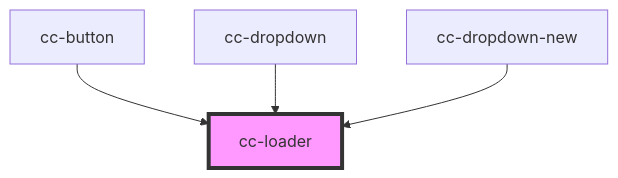
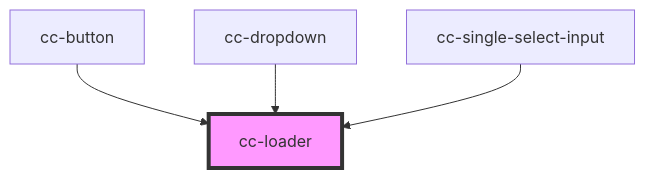
Before and after one commit to lacafetalab/cafeta-components: the diagram in packages/core/src/components/cc-loader/readme.md, drawn with Mermaid. The commit also changed other lines of this file and 19 other files, not shown here.

Commit message:
feat() component single finle input

````diff
--- a/packages/core/src/components/cc-loader/readme.md
+++ b/packages/core/src/components/cc-loader/readme.md
@@ -24,7 +24,7 @@
 ```mermaid
 graph TD;
   cc-button --> cc-loader
   cc-dropdown --> cc-loader
-  cc-dropdown-new --> cc-loader
+  cc-single-select-input --> cc-loader
   style cc-loader fill:#f9f,stroke:#333,stroke-width:4px
 ```
````
